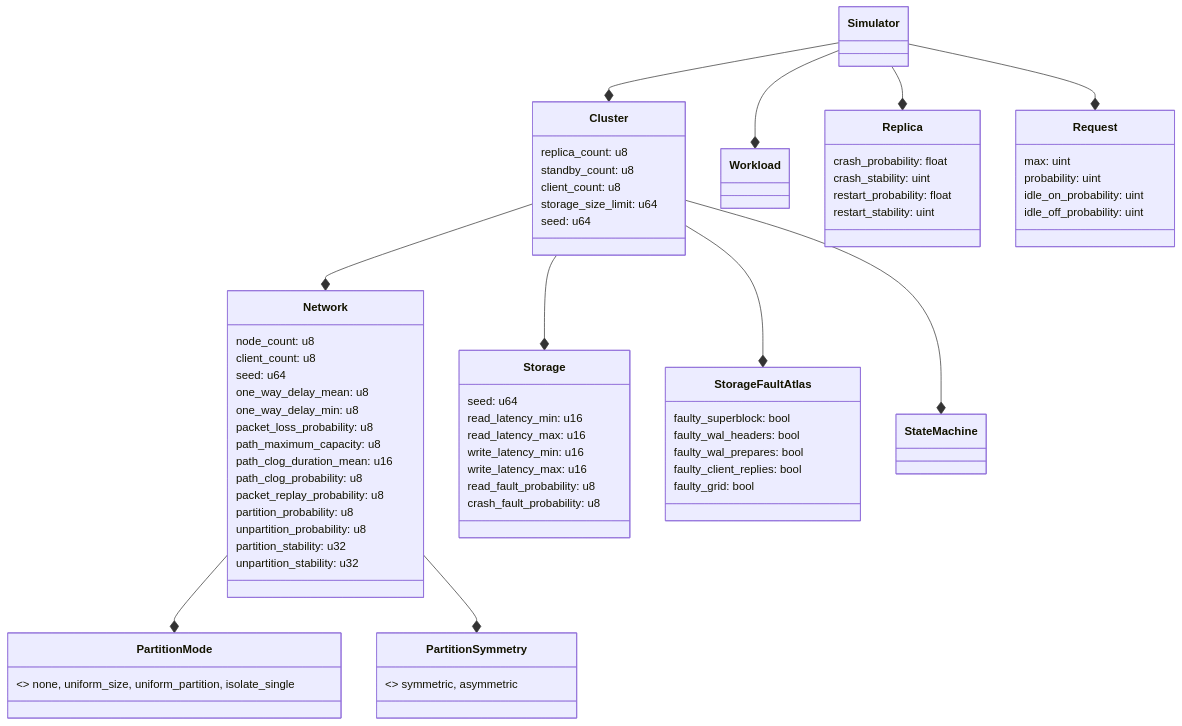
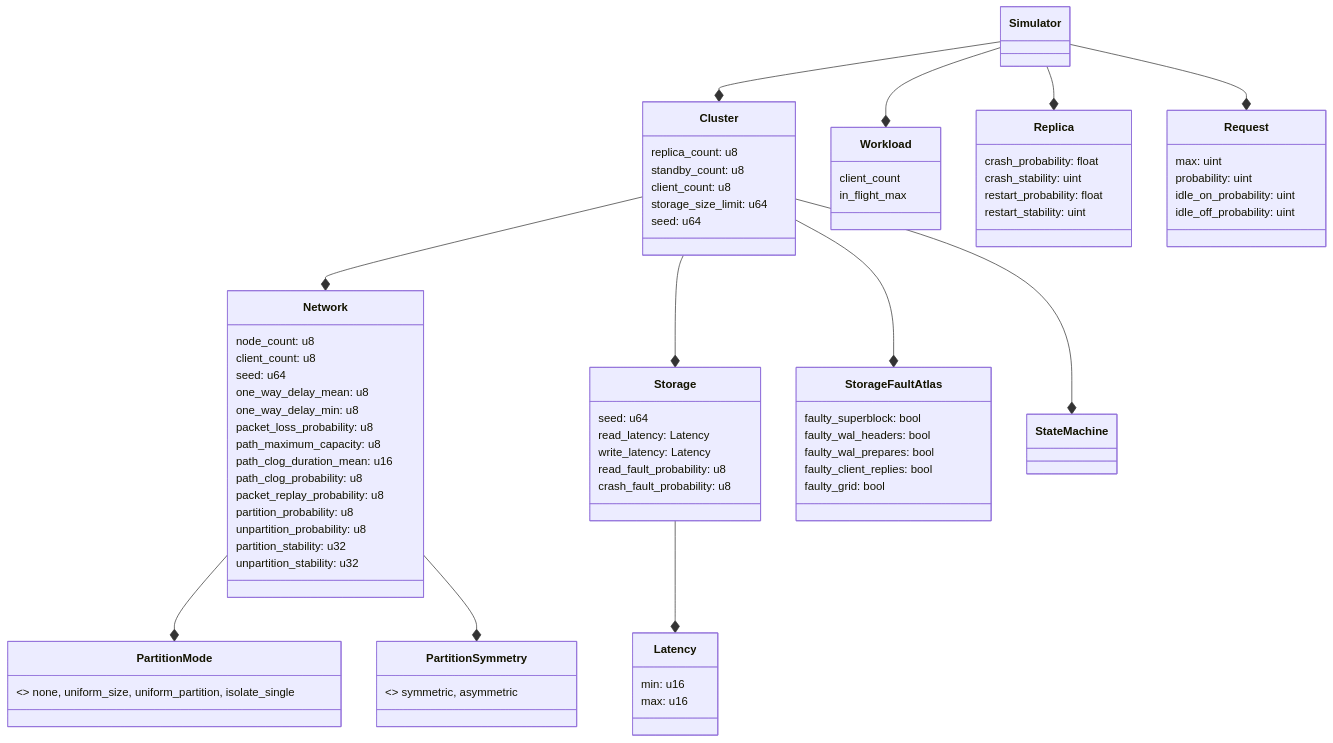
The first of 2 diagrams in deterministic_simulation_testing.md (LAC-Tech/laterbase), drawn with Mermaid before and after one commit. The commit also changed other lines of this file, not shown here.

Commit message:
high level breakdown of the simulation in a flowchart

```diff
--- a/deterministic_simulation_testing.md
+++ b/deterministic_simulation_testing.md
@@ -30,6 +30,8 @@
     }
 
 	class Workload {
+		client_count
+		in_flight_max
 	}
 
     class Replica {
@@ -65,13 +67,16 @@
 
     class Storage {
 	    seed: u64
-        read_latency_min: u16
-        read_latency_max: u16
-        write_latency_min: u16
-        write_latency_max: u16
+        read_latency: Latency
+        write_latency: Latency
         read_fault_probability: u8
 	    crash_fault_probability: u8
     }
+
+	class Latency {
+		min: u16
+		max: u16
+	}
 
 	class StorageFaultAtlas {
 		faulty_superblock: bool
@@ -95,6 +100,7 @@
     Cluster --* Network
     Cluster --* Storage
     Cluster --* StateMachine
+    Storage --* Latency
     Network --* PartitionMode
     Network --* PartitionSymmetry
 
```
